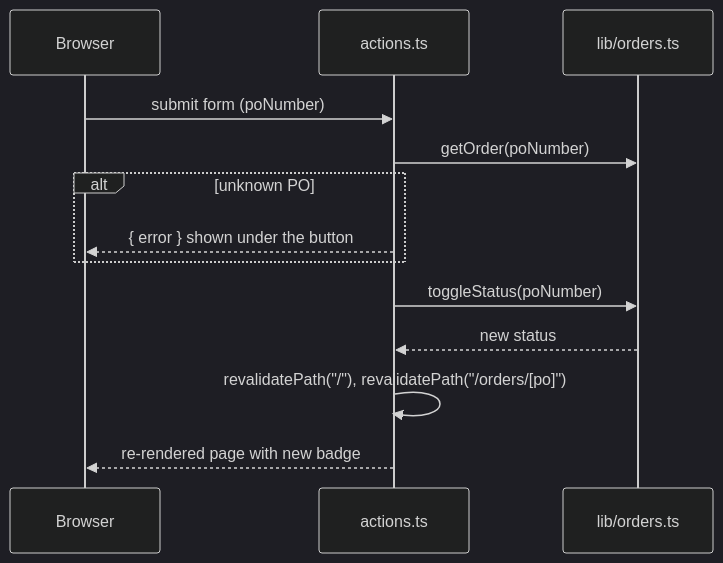
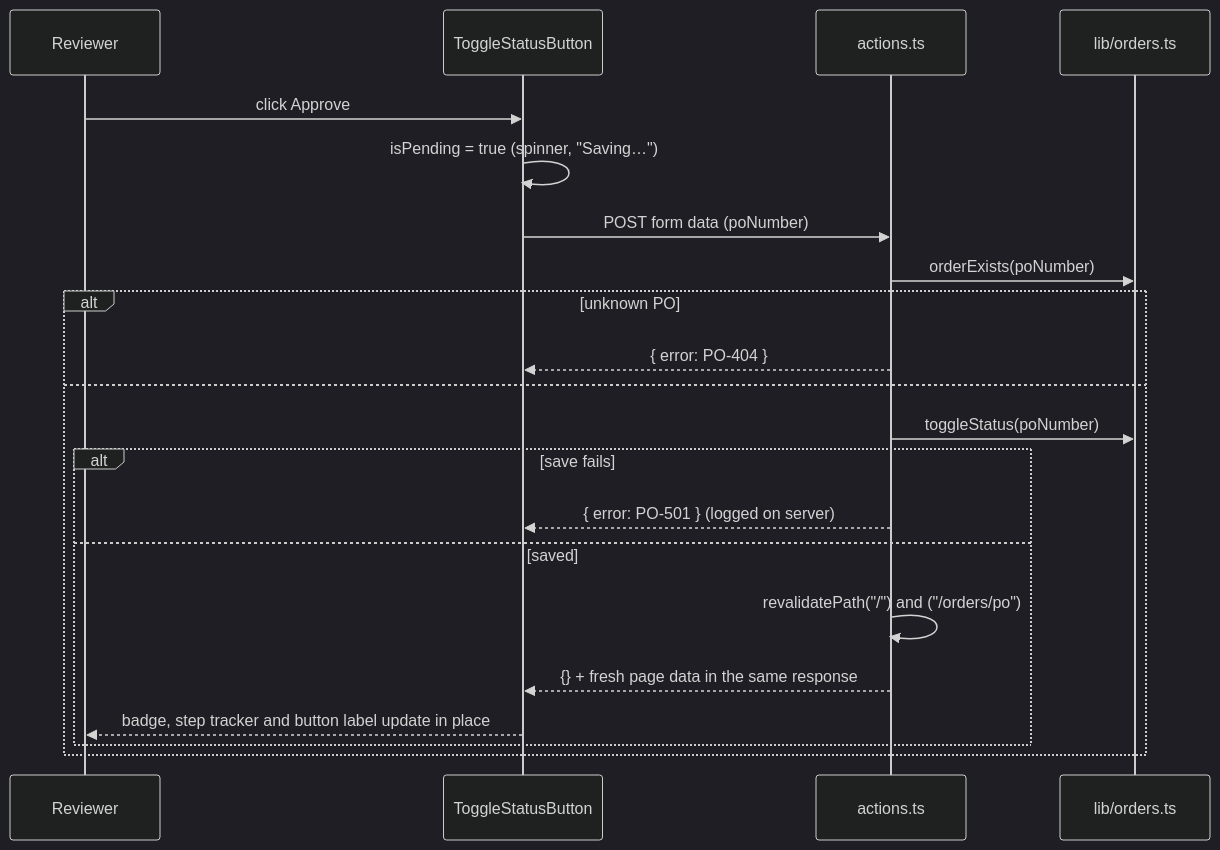
One commit to TRUPALIX9/bhf-take-home changed the fifth of 10 diagrams in docs/DESIGN.md. Above: the diagram before and after it, drawn with Mermaid (dark theme). The commit also changed other lines of this file, not shown here.

Commit message:
DESIGN.md: system overview, PO lifecycle, request/action/tab/error flows

````diff
--- a/docs/DESIGN.md
+++ b/docs/DESIGN.md
@@ -30,15 +98,23 @@
 ```mermaid
 sequenceDiagram
-  participant B as Browser
+  participant U as Reviewer
+  participant BTN as ToggleStatusButton
   participant A as actions.ts
   participant O as lib/orders.ts
-  B->>A: submit form (poNumber)
-  A->>O: getOrder(poNumber)
+  U->>BTN: click Approve
+  BTN->>BTN: isPending = true (spinner, "Saving…")
+  BTN->>A: POST form data (poNumber)
+  A->>O: orderExists(poNumber)
   alt unknown PO
-    A-->>B: { error } shown under the button
+    A-->>BTN: { error: PO-404 }
+  else
+    A->>O: toggleStatus(poNumber)
+    alt save fails
+      A-->>BTN: { error: PO-501 } (logged on server)
+    else saved
+      A->>A: revalidatePath("/") and ("/orders/po")
+      A-->>BTN: {} + fresh page data in the same response
+      BTN-->>U: badge, step tracker and button label update in place
+    end
   end
-  A->>O: toggleStatus(poNumber)
-  O-->>A: new status
-  A->>A: revalidatePath("/"), revalidatePath("/orders/[po]")
-  A-->>B: re-rendered page with new badge
 ```
````
